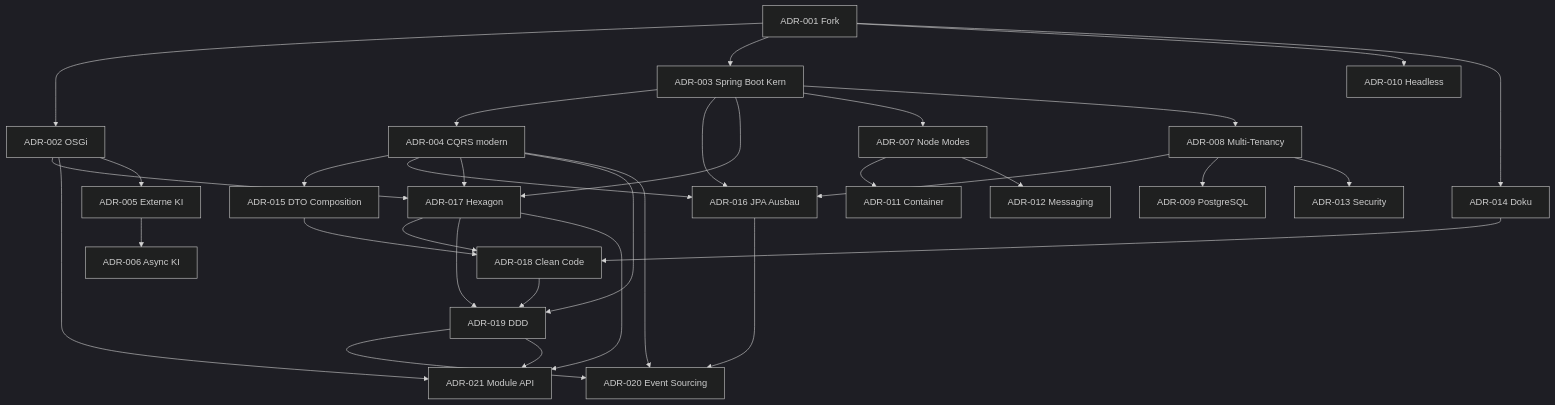
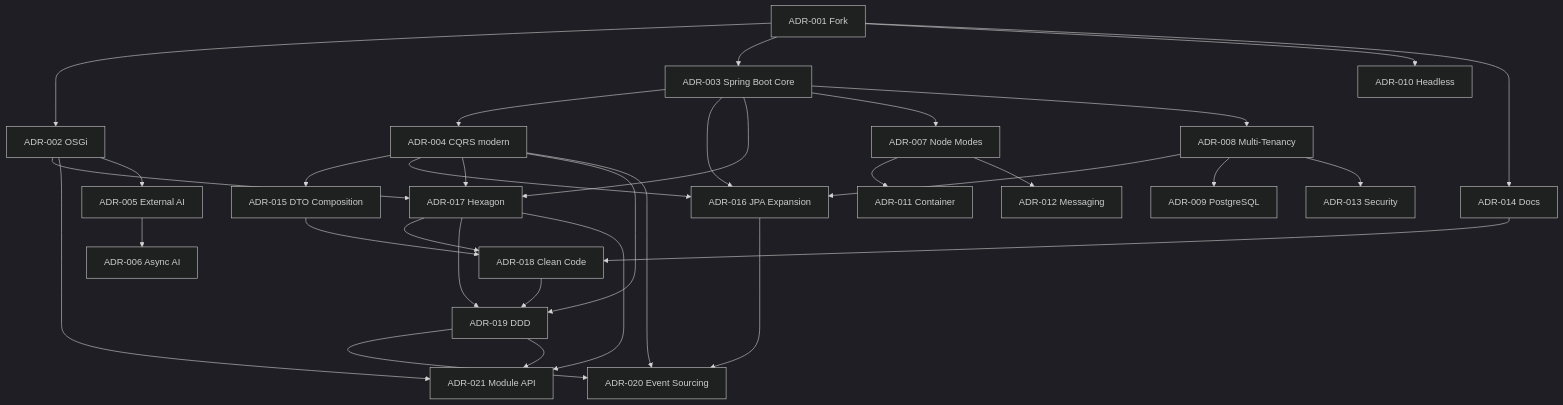
The diagram in docs/arc42/08_design_decisions.md (RainerMaxWallscheid/fineract-osgi), drawn with Mermaid (dark theme) before and after one commit. The commit also changed other lines of this file and 38 other files, not shown here.

````diff
--- a/docs/arc42/08_design_decisions.md
+++ b/docs/arc42/08_design_decisions.md
@@ -48,35 +48,35 @@
 ```mermaid
 flowchart TB
     ADR001[ADR-001 Fork] --> ADR002[ADR-002 OSGi]
-    ADR001 --> ADR003[ADR-003 Spring Boot Kern]
+    ADR001 --> ADR003[ADR-003 Spring Boot Core]
     ADR003 --> ADR004[ADR-004 CQRS modern]
     ADR004 --> ADR015[ADR-015 DTO Composition]
-    ADR003 --> ADR016[ADR-016 JPA Ausbau]
+    ADR003 --> ADR016[ADR-016 JPA Expansion]
     ADR004 --> ADR016
     ADR008 --> ADR016
     ADR003 --> ADR017[ADR-017 Hexagon]
     ADR002 --> ADR017
     ADR004 --> ADR017
     ADR017 --> ADR018[ADR-018 Clean Code]
     ADR015 --> ADR018
     ADR014 --> ADR018
     ADR004 --> ADR019[ADR-019 DDD]
     ADR017 --> ADR019
     ADR018 --> ADR019
     ADR004 --> ADR020[ADR-020 Event Sourcing]
     ADR016 --> ADR020
     ADR019 --> ADR020
     ADR017 --> ADR021[ADR-021 Module API]
     ADR019 --> ADR021
     ADR002 --> ADR021
-    ADR002 --> ADR005[ADR-005 Externe KI]
-    ADR005 --> ADR006[ADR-006 Async KI]
+    ADR002 --> ADR005[ADR-005 External AI]
+    ADR005 --> ADR006[ADR-006 Async AI]
     ADR003 --> ADR007[ADR-007 Node Modes]
     ADR003 --> ADR008[ADR-008 Multi-Tenancy]
     ADR008 --> ADR009[ADR-009 PostgreSQL]
     ADR001 --> ADR010[ADR-010 Headless]
     ADR007 --> ADR011[ADR-011 Container]
     ADR007 --> ADR012[ADR-012 Messaging]
     ADR008 --> ADR013[ADR-013 Security]
-    ADR001 --> ADR014[ADR-014 Doku]
+    ADR001 --> ADR014[ADR-014 Docs]
 ```
````
